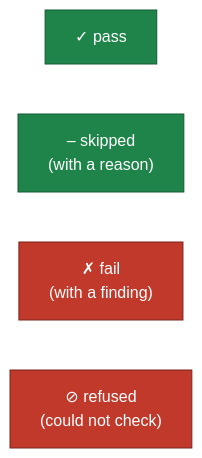
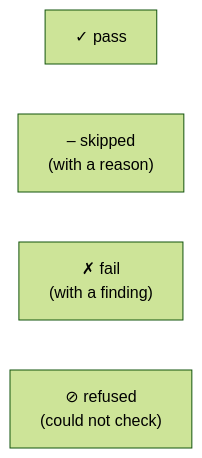
One commit to clintecker/celebrimbor changed the diagram in docs/guides/troubleshooting.md. Above: the diagram before and after it, drawn with Mermaid (forest theme). The commit also changed 12 other files, not shown here.

First line of the commit message:
docs: fix diagram rendering — drop hardcoded mermaid colors, real table headers

````diff
--- a/docs/guides/troubleshooting.md
+++ b/docs/guides/troubleshooting.md
@@ -9,9 +9,7 @@
 ```mermaid
 flowchart LR
     P["✓ pass"]:::g
     S["– skipped<br/>(with a reason)"]:::g
     F["✗ fail<br/>(with a finding)"]:::r
     R["⊘ refused<br/>(could not check)"]:::r
-    classDef r fill:#c0392b,stroke:#7b241c,color:#fff
-    classDef g fill:#1e8449,stroke:#145a32,color:#fff
 ```
````
